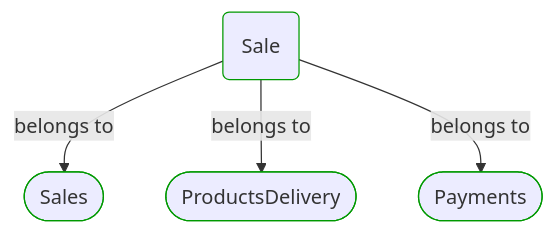
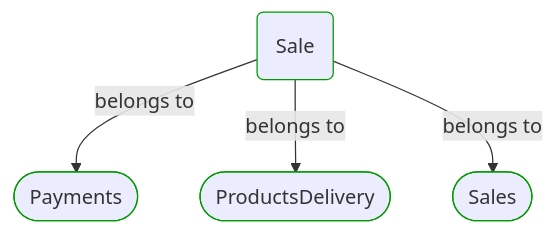
The second of 4 diagrams in Docs/P3/MermaidOutput/Processes/Sale/Sale.md (itlibrium/DDD-starter-dotnet), drawn with Mermaid before and after one commit. The commit also changed other lines of this file and 78 other files, not shown here.

````diff
--- a/Docs/P3/MermaidOutput/Processes/Sale/Sale.md
+++ b/Docs/P3/MermaidOutput/Processes/Sale/Sale.md
@@ -46,17 +46,17 @@
 ```mermaid
   flowchart TB
     0(Sale)
     class 0 DomainPerspective
-    1([Sales])
+    1([Payments])
     class 1 DomainPerspective
     0-->|belongs to|1
     2([ProductsDelivery])
     class 2 DomainPerspective
     0-->|belongs to|2
-    3([Payments])
+    3([Sales])
     class 3 DomainPerspective
     0-->|belongs to|3
     classDef DomainPerspective stroke:#009900
     classDef TechnologyPerspective stroke:#1F41EB
     classDef PeoplePerspective stroke:#FFF014
 ```
````
